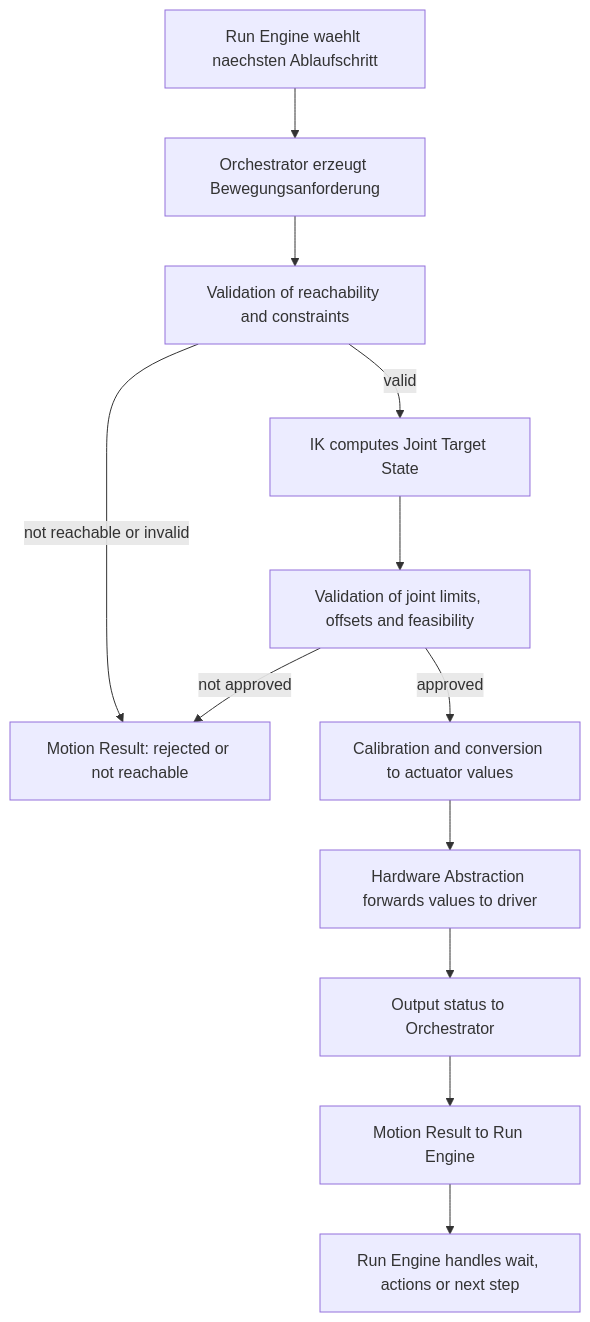
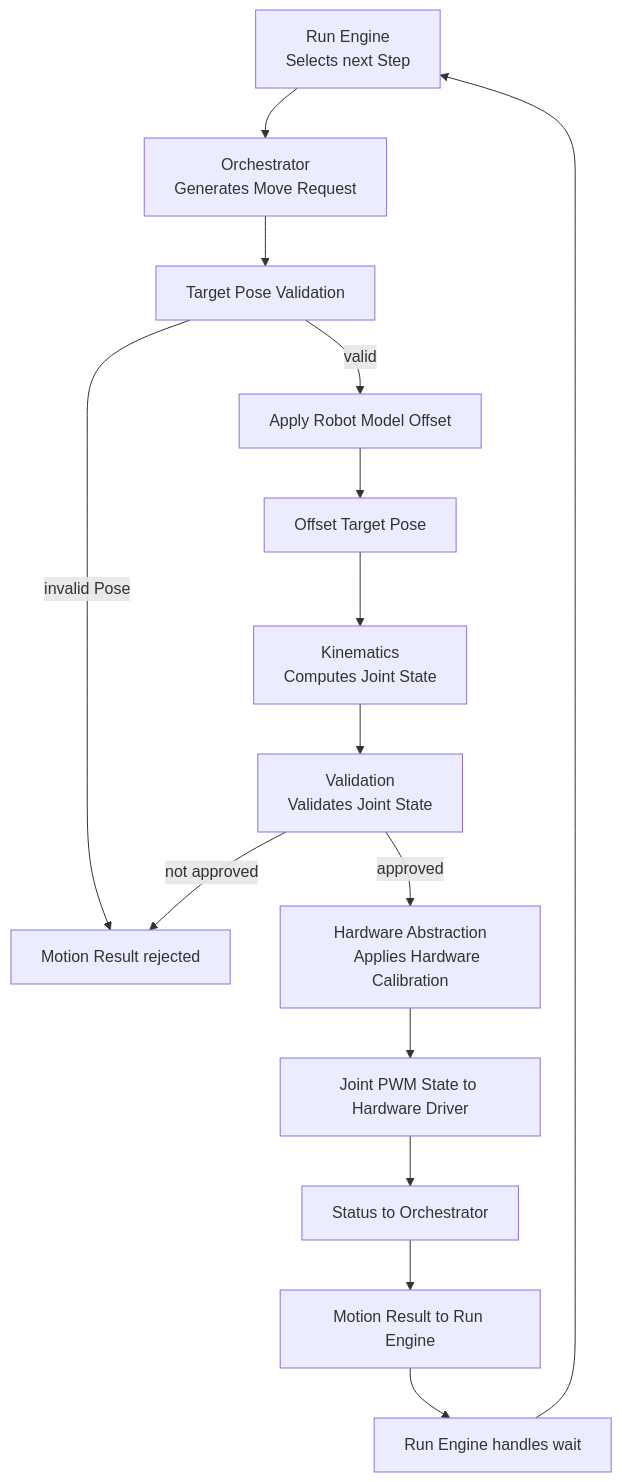
One commit to butz1999/inverse_kinematik changed the seventh of 7 diagrams in doc/projektbeschreibung.md. Above: the diagram before and after it, drawn with Mermaid. The commit also changed other lines of this file and 5 other files, not shown here.

````diff
--- a/doc/projektbeschreibung.md
+++ b/doc/projektbeschreibung.md
@@ -551,14 +565,22 @@
 ```mermaid
 flowchart TD
-    A[Run Engine waehlt naechsten Ablaufschritt] --> B[Orchestrator erzeugt Bewegungsanforderung]
-    B --> C[Validation of reachability and constraints]
-    C -->|not reachable or invalid| D[Motion Result: rejected or not reachable]
-    C -->|valid| E[IK computes Joint Target State]
-    E --> F[Validation of joint limits, offsets and feasibility]
-    F -->|not approved| D
-    F -->|approved| G[Calibration and conversion to actuator values]
-    G --> H[Hardware Abstraction forwards values to driver]
-    H --> I[Output status to Orchestrator]
-    I --> J[Motion Result to Run Engine]
-    J --> K[Run Engine handles wait, actions or next step]
+    A[Run Engine
+    Selects next Step] --> B[Orchestrator
+    Generates Move Request]
+    B --> C[Target Pose Validation]
+    C -->|invalid Pose| D[Motion Result rejected]
+    C -->|valid| E[Apply Robot Model Offset]
+    E --> F[Offset Target Pose]
+    F --> G[Kinematics
+    Computes Joint State]
+    G --> H[Validation
+    Validates Joint State]
+    H -->|not approved| D
+    H -->|approved| I[Hardware Abstraction
+    Applies Hardware Calibration]
+    I --> J[Joint PWM State to Hardware Driver]
+    J --> K[Status to Orchestrator]
+    K --> L[Motion Result to Run Engine]
+    L --> M[Run Engine handles wait]
+    M --> A
 ```
````
